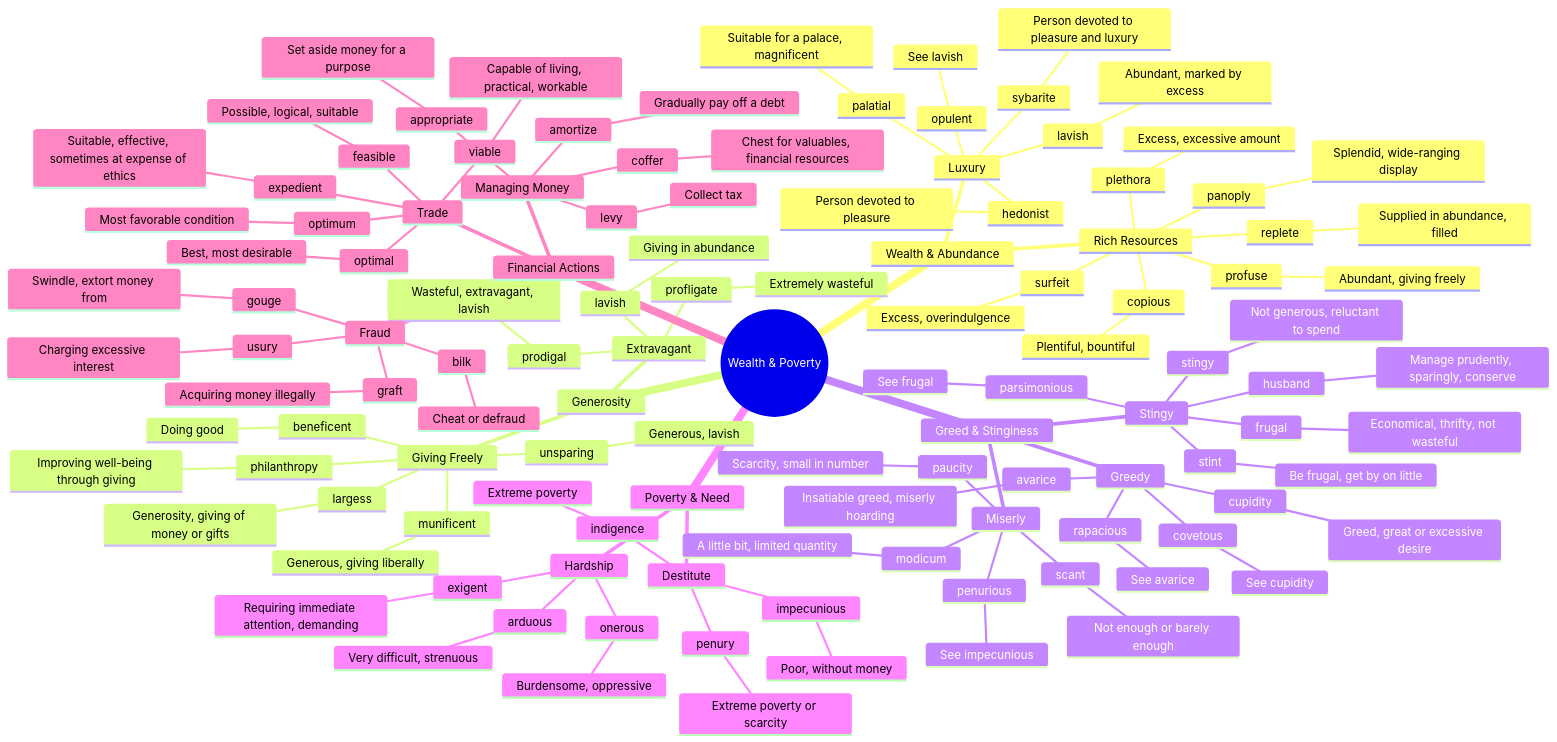
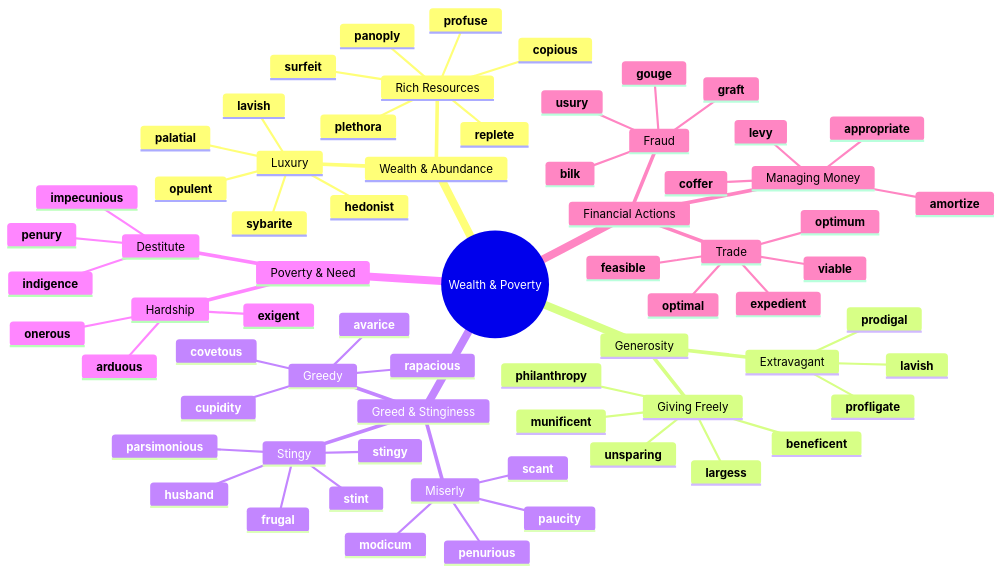
Before and after one commit to 95anantsingh/gre-preparation: the first of 7 diagrams in mindmaps/11-wealth-and-poverty.md, drawn with Mermaid. The commit also changed other lines of this file and 20 other files, not shown here.

````diff
--- a/mindmaps/11-wealth-and-poverty.md
+++ b/mindmaps/11-wealth-and-poverty.md
@@ -9,121 +7,70 @@
   root((Wealth & Poverty))
     Wealth & Abundance
       Rich Resources
-        copious
-          Plentiful, bountiful
-        replete
-          Supplied in abundance, filled
-        plethora
-          Excess, excessive amount
-        surfeit
-          Excess, overindulgence
-        panoply
-          Splendid, wide-ranging display
-        profuse
-          Abundant, giving freely
+        **copious**
+        **replete**
+        **plethora**
+        **surfeit**
+        **panoply**
+        **profuse**
       Luxury
-        palatial
-          Suitable for a palace, magnificent
-        opulent
-          See lavish
-        lavish
-          Abundant, marked by excess
-        sybarite
-          Person devoted to pleasure and luxury
-        hedonist
-          Person devoted to pleasure
+        **palatial**
+        **opulent**
+        **lavish**
+        **sybarite**
+        **hedonist**
     Generosity
       Giving Freely
-        munificent
-          Generous, giving liberally
-        largess
-          Generosity, giving of money or gifts
-        beneficent
-          Doing good
-        philanthropy
-          Improving well-being through giving
-        unsparing
-          Generous, lavish
+        **munificent**
+        **largess**
+        **beneficent**
+        **philanthropy**
+        **unsparing**
       Extravagant
-        prodigal
-          Wasteful, extravagant, lavish
-        profligate
-          Extremely wasteful
-        lavish
-          Giving in abundance
+        **prodigal**
+        **profligate**
+        **lavish**
     Greed & Stinginess
       Greedy
-        avarice
-          Insatiable greed, miserly hoarding
-        cupidity
-          Greed, great or excessive desire
-        rapacious
-          See avarice
-        covetous
-          See cupidity
+        **avarice**
+        **cupidity**
+        **rapacious**
+        **covetous**
       Stingy
-        stingy
-          Not generous, reluctant to spend
-        frugal
-          Economical, thrifty, not wasteful
-        parsimonious
-          See frugal
-        husband
-          Manage prudently, sparingly, conserve
-        stint
-          Be frugal, get by on little
+        **stingy**
+        **frugal**
+        **parsimonious**
+        **husband**
+        **stint**
       Miserly
-        penurious
-          See impecunious
-        scant
-          Not enough or barely enough
-        paucity
-          Scarcity, small in number
-        modicum
-          A little bit, limited quantity
+        **penurious**
+        **scant**
+        **paucity**
+        **modicum**
     Poverty & Need
       Destitute
-        impecunious
-          Poor, without money
-        indigence
-          Extreme poverty
-        penury
-          Extreme poverty or scarcity
+        **impecunious**
+        **indigence**
+        **penury**
       Hardship
-        onerous
-          Burdensome, oppressive
-        exigent
-          Requiring immediate attention, demanding
-        arduous
-          Very difficult, strenuous
+        **onerous**
+        **exigent**
+        **arduous**
     Financial Actions
       Managing Money
-        amortize
-          Gradually pay off a debt
-        appropriate
-          Set aside money for a purpose
-        levy
-          Collect tax
-        coffer
-          Chest for valuables, financial resources
+        **amortize**
+        **appropriate**
+        **levy**
+        **coffer**
       Fraud
-        bilk
-          Cheat or defraud
-        gouge
-          Swindle, extort money from
-        usury
-          Charging excessive interest
-        graft
-          Acquiring money illegally
+        **bilk**
+        **gouge**
+        **usury**
+        **graft**
       Trade
-        feasible
-          Possible, logical, suitable
-        viable
-          Capable of living, practical, workable
-        expedient
-          Suitable, effective, sometimes at expense of ethics
-        optimal
-          Best, most desirable
-        optimum
-          Most favorable condition
+        **feasible**
+        **viable**
+        **expedient**
+        **optimal**
+        **optimum**
 ```
````
